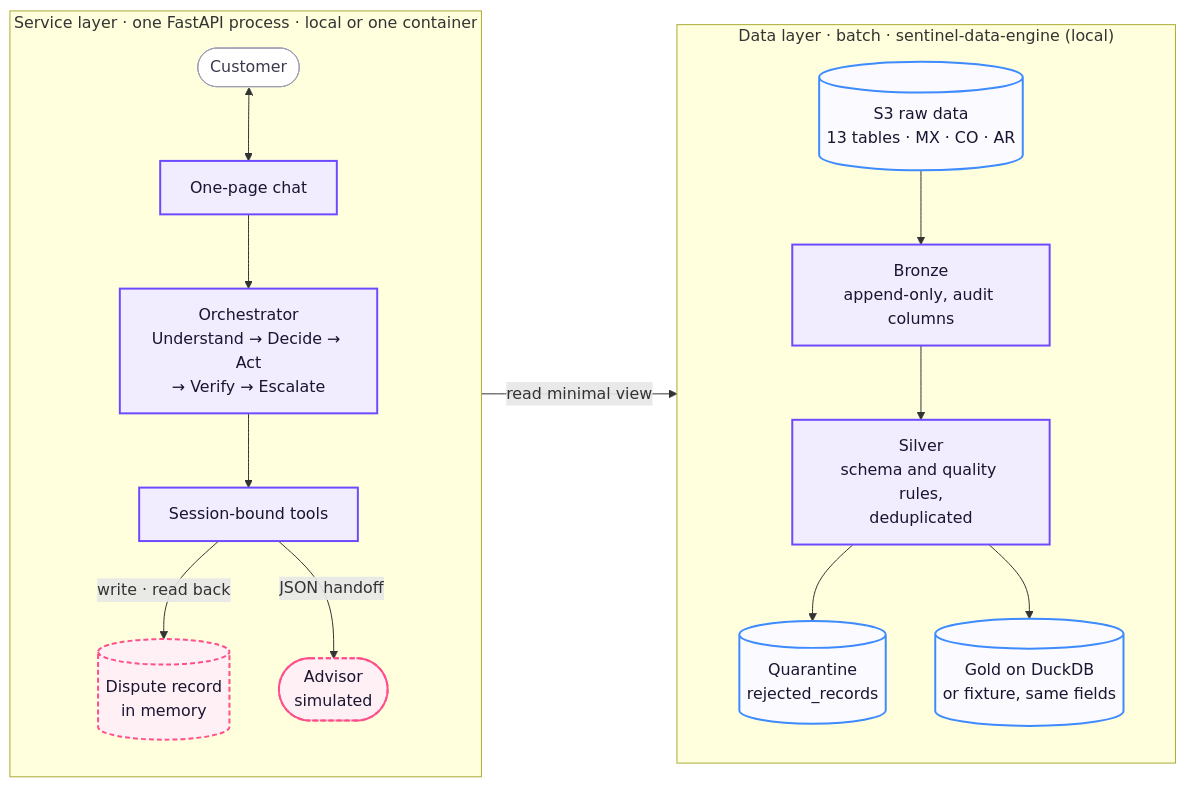
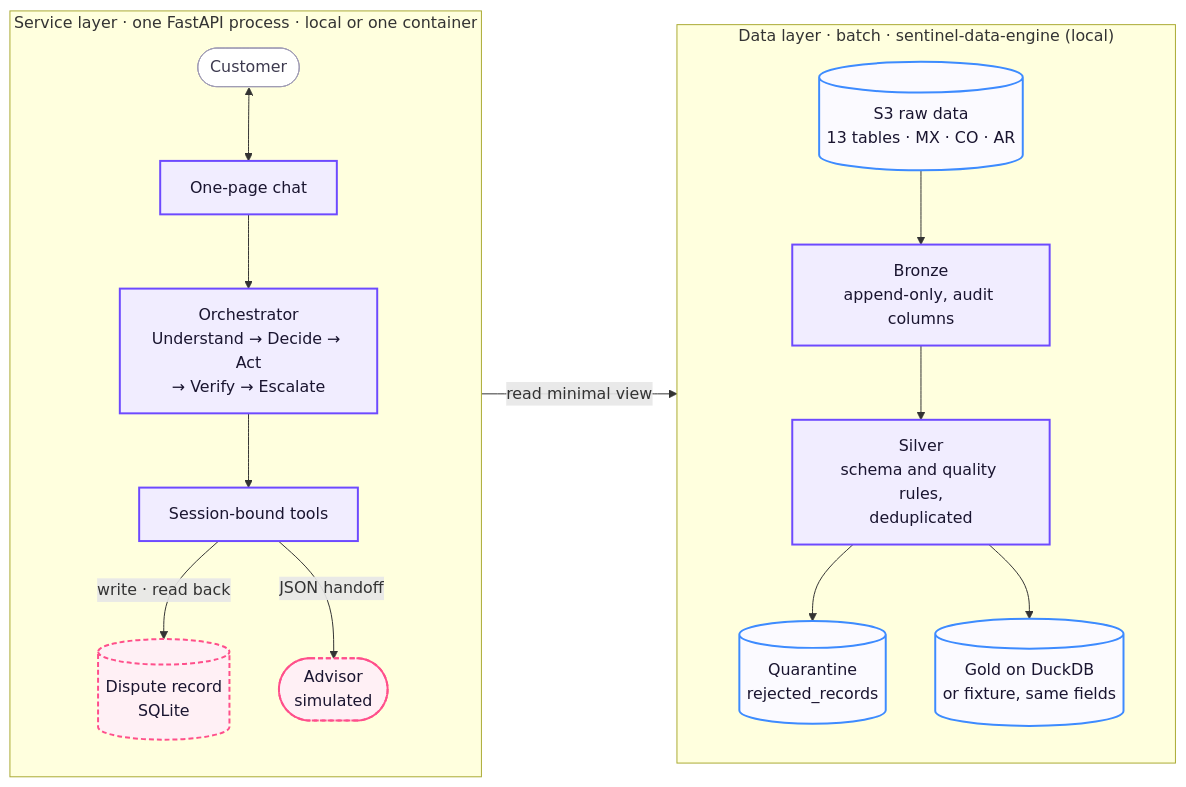
One commit to rdorta27/factored-hackathon-2026-sentinel-engine changed the first of 2 diagrams in docs/architecture/demo-architecture.md. Above: the diagram before and after it, drawn with Mermaid. The commit also changed other lines of this file and 10 other files, not shown here.

First line of the commit message:
docs: record persistent state and the disputes api

````diff
--- a/docs/architecture/demo-architecture.md
+++ b/docs/architecture/demo-architecture.md
@@ -13,28 +13,28 @@
 ```mermaid
 flowchart LR
     subgraph dataL["Data layer · batch · sentinel-data-engine (local)"]
         direction TB
         s3[("S3 raw data<br/>13 tables · MX · CO · AR")] --> bronze["Bronze<br/>append-only, audit columns"]
         bronze --> silver["Silver<br/>schema and quality rules,<br/>deduplicated"]
         silver --> quarantine[("Quarantine<br/>rejected_records")]
         silver --> gold[("Gold on DuckDB<br/>or fixture, same fields")]
     end
     subgraph service["Service layer · one FastAPI process · local or one container"]
         direction TB
         client(["Customer"]) <--> chat["One-page chat"]
         chat --> orch["Orchestrator<br/>Understand → Decide → Act<br/>→ Verify → Escalate"]
         orch --> tools["Session-bound tools"]
-        tools -- "write · read back" --> disputes[("Dispute record<br/>in memory")]
+        tools -- "write · read back" --> disputes[("Dispute record<br/>SQLite")]
         tools -- "JSON handoff" --> advisor(["Advisor<br/>simulated"])
     end
     tools -- "read minimal view" --> gold
 
     classDef comp fill:#f1edff,stroke:#6d4aff,stroke-width:2px,color:#1a1530
     classDef store fill:#fbfaff,stroke:#3d8bff,stroke-width:2px,color:#1a1530
     classDef mock fill:#fff0f5,stroke:#ff4f8b,stroke-width:2px,stroke-dasharray:5 3,color:#1a1530
     classDef ext fill:#ffffff,stroke:#a09cb5,stroke-width:1px,color:#3d3a4f
     class bronze,silver,chat,orch,tools comp
     class s3,quarantine,gold store
     class disputes,advisor mock
     class client ext
 ```
````
